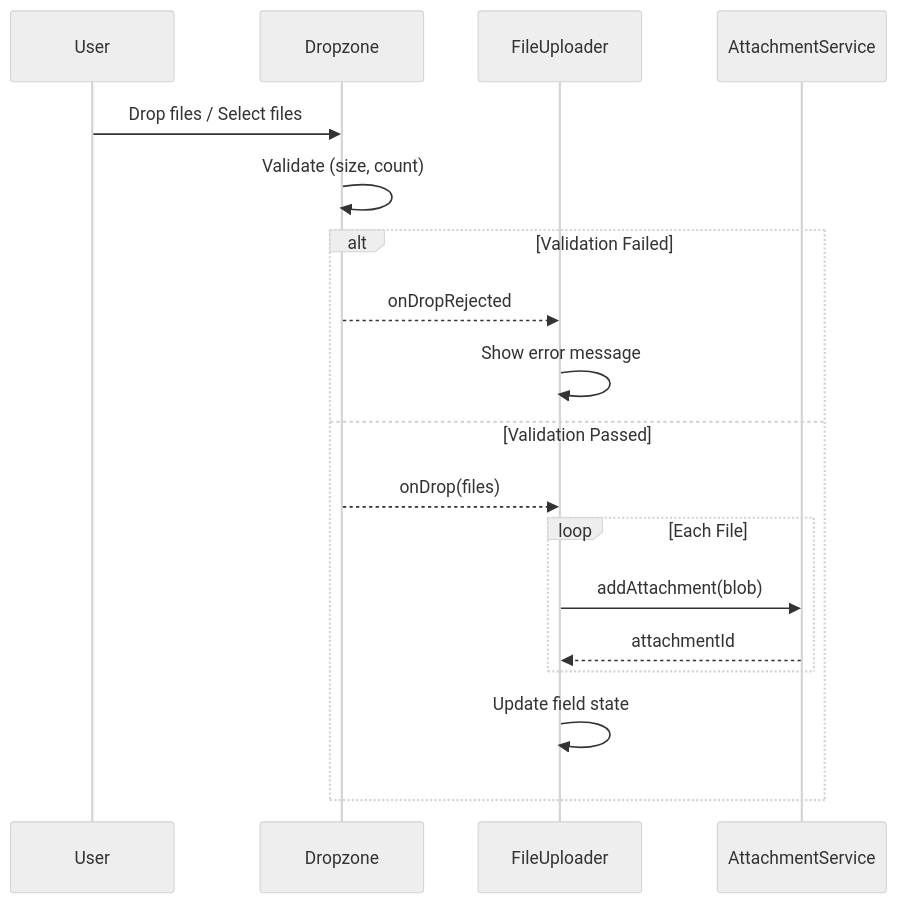
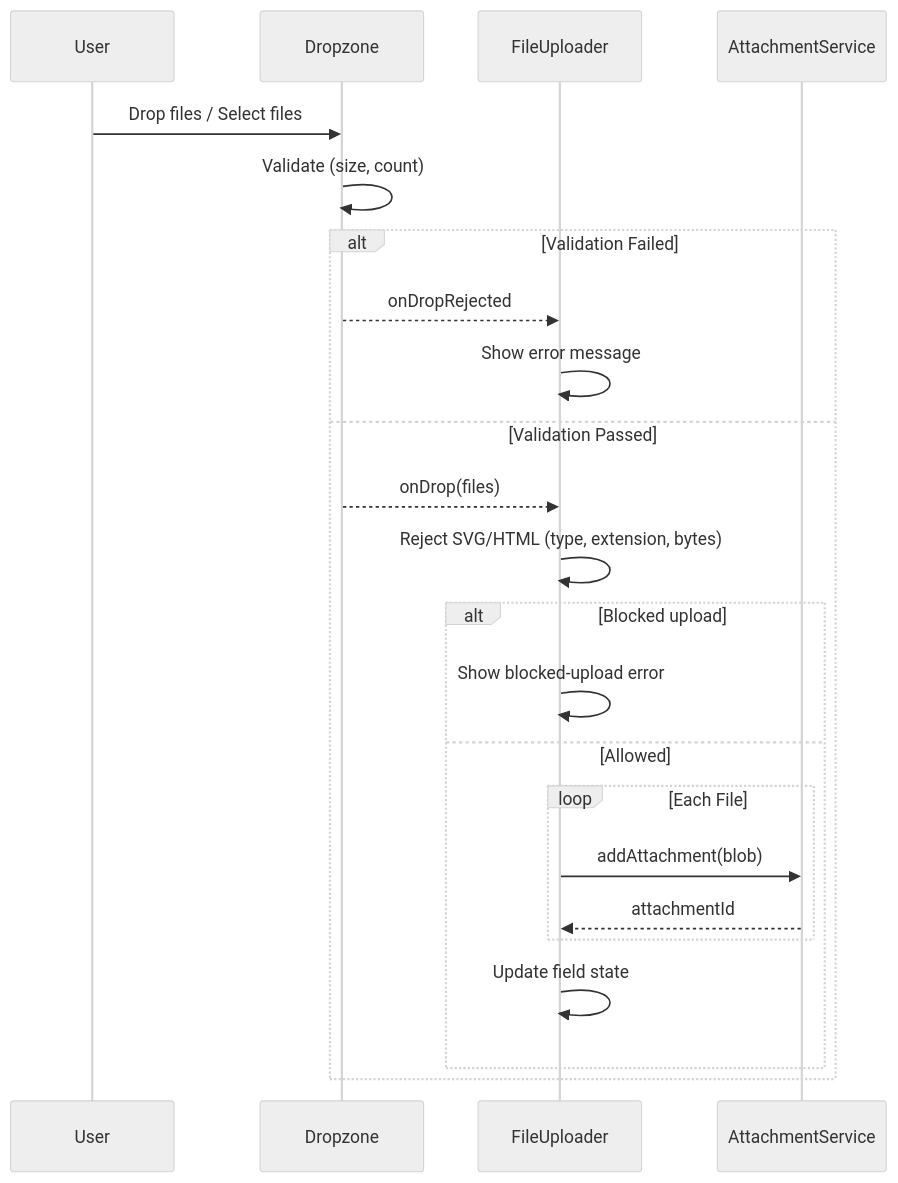
One commit to FAIMS/FAIMS3 changed the diagram in docs/developer/docs/source/markdown/forms/08-special-fields/file-uploader.md. Above: the diagram before and after it, drawn with Mermaid (neutral theme). The commit also changed 47 other files, not shown here.

````diff
--- a/docs/developer/docs/source/markdown/forms/08-special-fields/file-uploader.md
+++ b/docs/developer/docs/source/markdown/forms/08-special-fields/file-uploader.md
@@ -44,22 +44,27 @@
 ```mermaid
 sequenceDiagram
     participant U as User
     participant DZ as Dropzone
     participant FU as FileUploader
     participant AS as AttachmentService
 
     U->>DZ: Drop files / Select files
     DZ->>DZ: Validate (size, count)
 
     alt Validation Failed
         DZ-->>FU: onDropRejected
         FU->>FU: Show error message
     else Validation Passed
         DZ-->>FU: onDrop(files)
-        loop Each File
-            FU->>AS: addAttachment(blob)
-            AS-->>FU: attachmentId
+        FU->>FU: Reject SVG/HTML (type, extension, bytes)
+        alt Blocked upload
+            FU->>FU: Show blocked-upload error
+        else Allowed
+            loop Each File
+                FU->>AS: addAttachment(blob)
+                AS-->>FU: attachmentId
+            end
+            FU->>FU: Update field state
         end
-        FU->>FU: Update field state
     end
 ```
````
